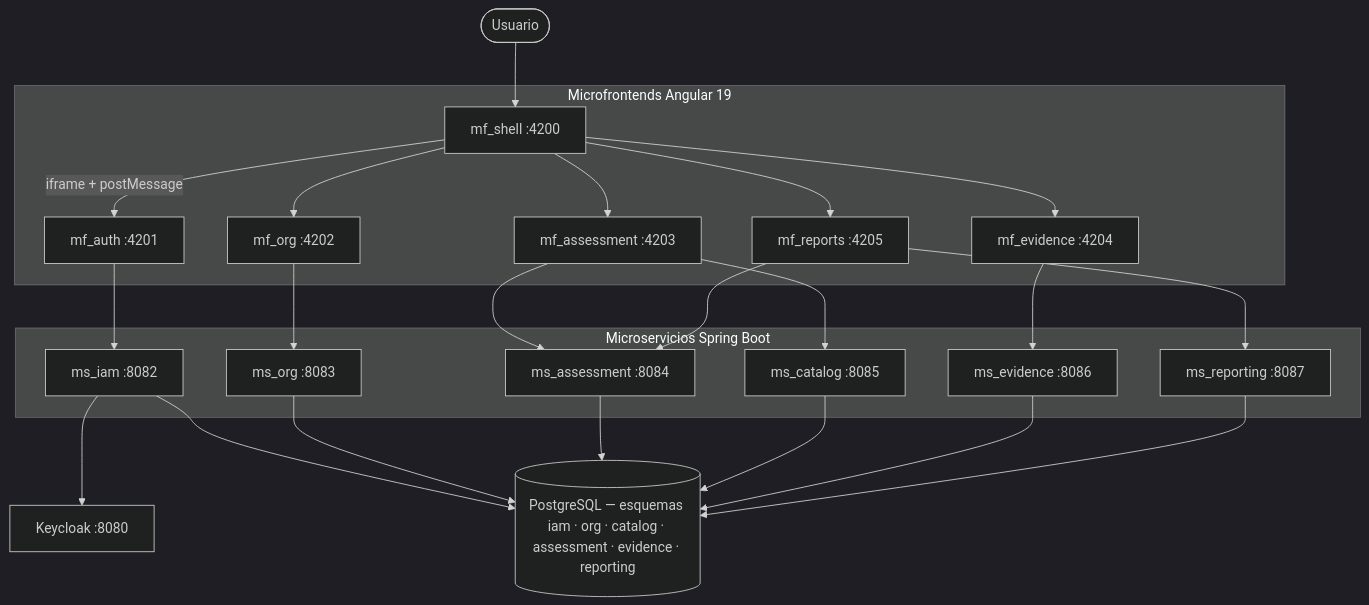
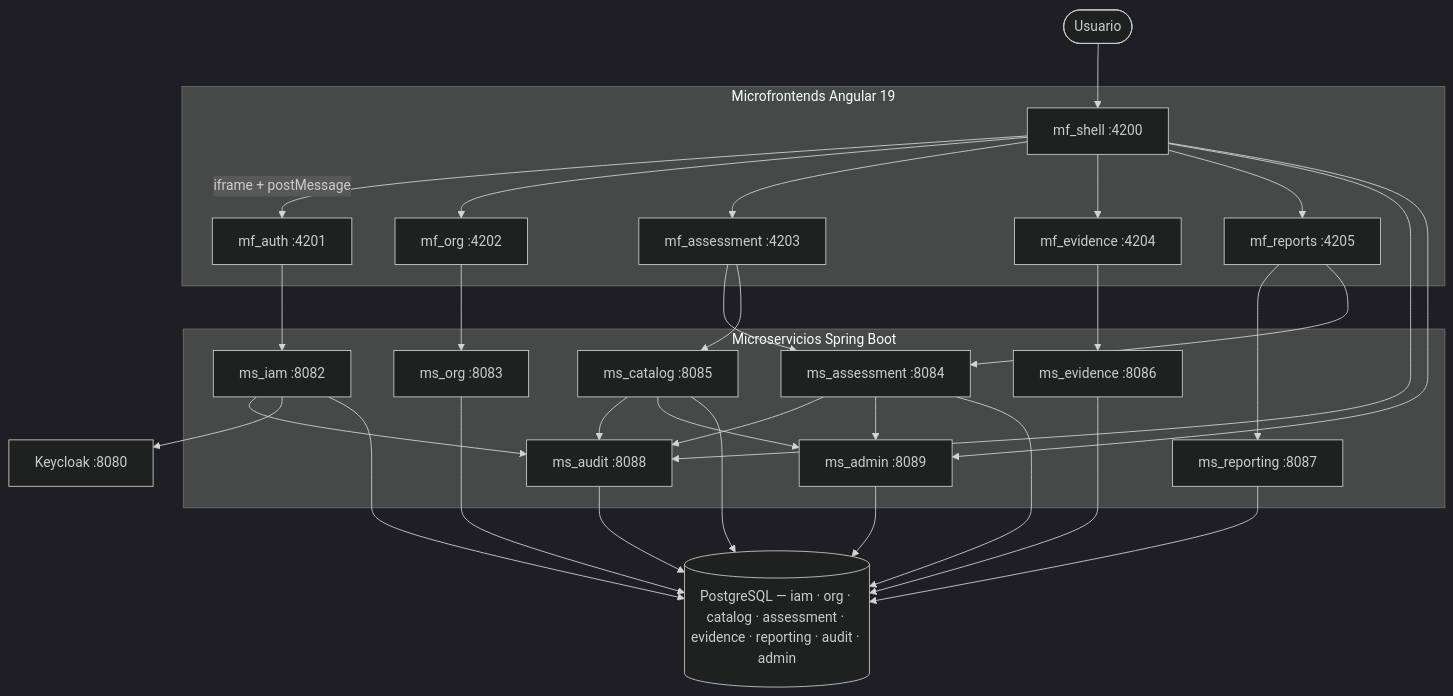
One commit to jdtovar07/MSPI_NVA_CO_DOCS changed the diagram in README.md. Above: the diagram before and after it, drawn with Mermaid (dark theme). The commit also changed other lines of this file and 12 other files, not shown here.

First line of the commit message:
fix(docs): align architecture docs to eight active microservices

````diff
--- a/README.md
+++ b/README.md
@@ -37,44 +37,55 @@
 ```mermaid
 flowchart TB
     User([Usuario]) --> Shell["mf_shell :4200"]
 
     subgraph Frontend["Microfrontends Angular 19"]
         Shell
         Auth["mf_auth :4201"]
         Org["mf_org :4202"]
         Assess["mf_assessment :4203"]
         Evid["mf_evidence :4204"]
         Rep["mf_reports :4205"]
     end
 
     Shell -->|"iframe + postMessage"| Auth
     Shell --> Org
     Shell --> Assess
     Shell --> Evid
     Shell --> Rep
 
     subgraph Backend["Microservicios Spring Boot"]
         IAM["ms_iam :8082"]
         MSORG["ms_org :8083"]
         ASM["ms_assessment :8084"]
         CAT["ms_catalog :8085"]
         EVI["ms_evidence :8086"]
         RPT["ms_reporting :8087"]
+        AUD["ms_audit :8088"]
+        ADM["ms_admin :8089"]
     end
 
     Auth --> IAM
     Org --> MSORG
     Assess --> ASM
     Assess --> CAT
     Evid --> EVI
     Rep --> RPT
     Rep --> ASM
+    Shell --> AUD
+    Shell --> ADM
+    IAM --> AUD
+    ASM --> AUD
+    CAT --> AUD
+    ASM --> ADM
+    CAT --> ADM
 
     IAM --> KC["Keycloak :8080"]
-    IAM --> PG[("PostgreSQL — esquemas iam · org · catalog · assessment · evidence · reporting")]
+    IAM --> PG[("PostgreSQL — iam · org · catalog · assessment · evidence · reporting · audit · admin")]
     MSORG --> PG
     ASM --> PG
     CAT --> PG
     EVI --> PG
     RPT --> PG
+    AUD --> PG
+    ADM --> PG
 ```
````
